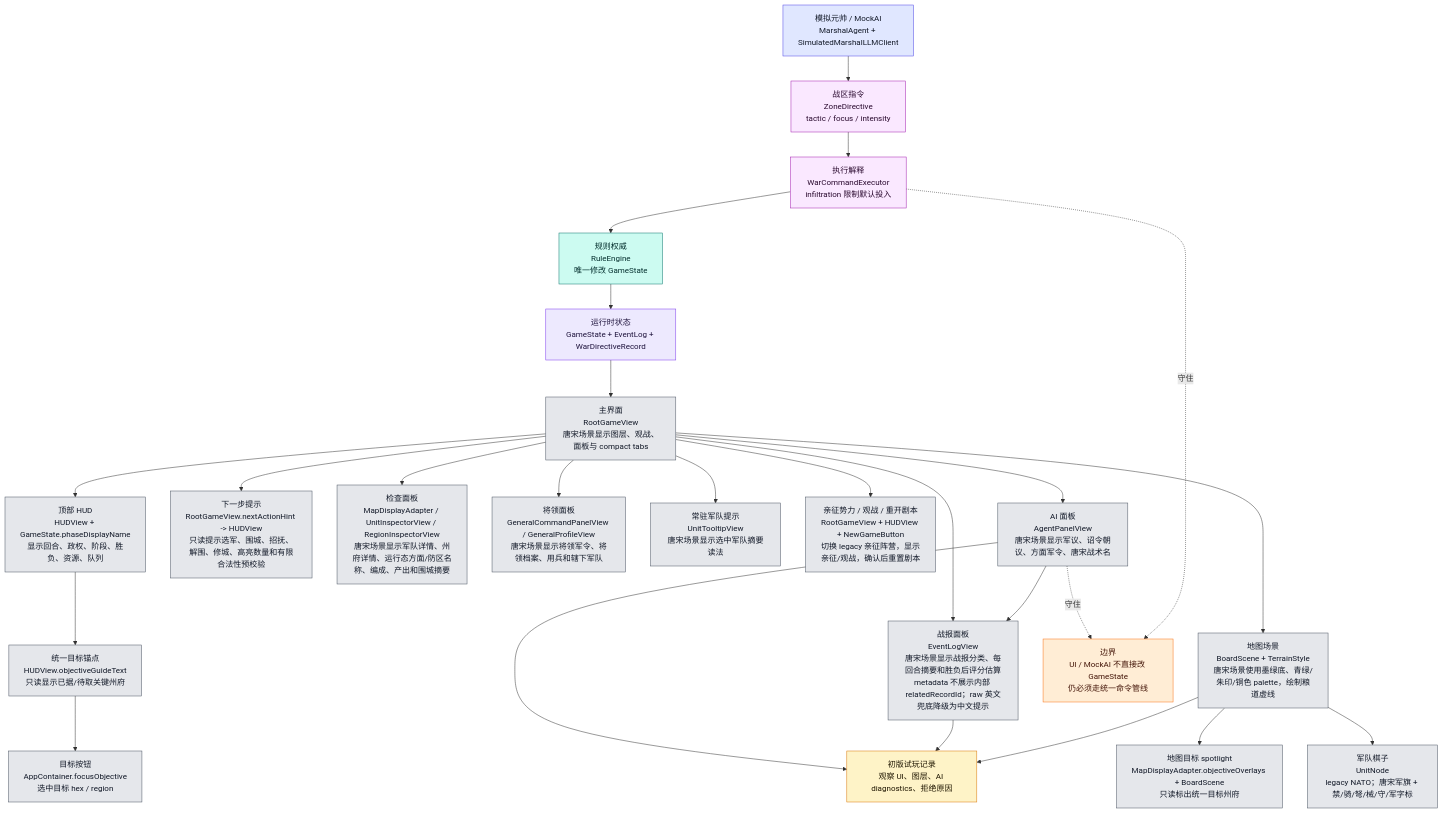
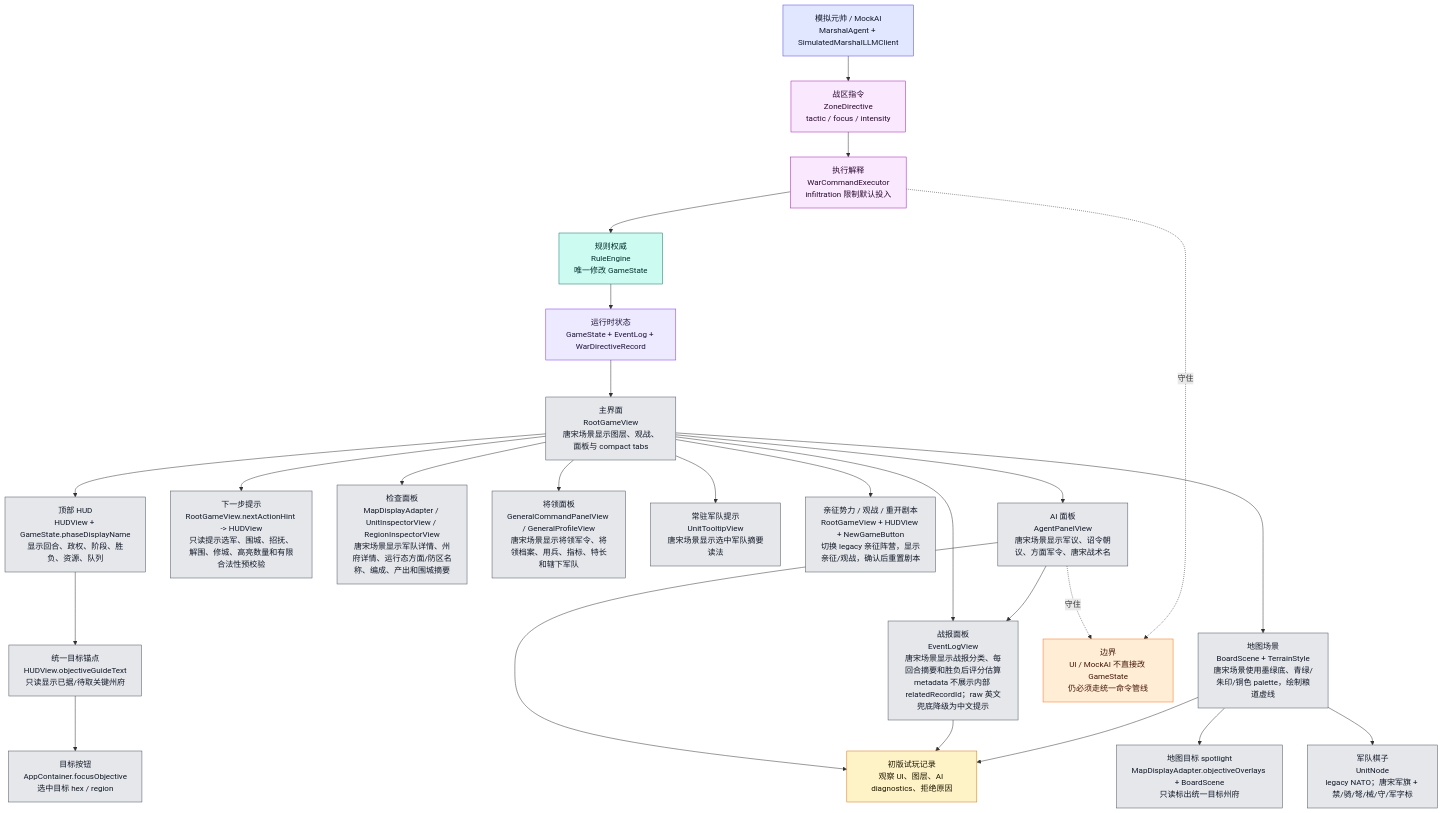
Before and after one commit to Altman-sam114/125: the tenth of 12 diagrams in md/flow/flowchart.md, drawn with Mermaid. The commit also changed other lines of this file and 6 other files, not shown here.

Commit message:
fix(ui): harden general profile accessibility

````diff
--- a/md/flow/flowchart.md
+++ b/md/flow/flowchart.md
@@ -591,54 +592,54 @@
 ```mermaid
 flowchart TD
     STATE["运行时状态<br/>GameState + EventLog + WarDirectiveRecord"]:::state
     ROOT["主界面<br/>RootGameView<br/>唐宋场景显示图层、观战、面板与 compact tabs"]:::ui
     HUD["顶部 HUD<br/>HUDView + GameState.phaseDisplayName<br/>显示回合、政权、阶段、胜负、资源、队列"]:::ui
     GOAL["统一目标锚点<br/>HUDView.objectiveGuideText<br/>只读显示已据/待取关键州府"]:::ui
     FOCUS["目标按钮<br/>AppContainer.focusObjective<br/>选中目标 hex / region"]:::ui
     SPOTLIGHT["地图目标 spotlight<br/>MapDisplayAdapter.objectiveOverlays + BoardScene<br/>只读标出统一目标州府"]:::ui
     HINT["下一步提示<br/>RootGameView.nextActionHint -> HUDView<br/>只读提示选军、围城、招抚、解围、修城、高亮数量和有限合法性预校验"]:::ui
     INSPECT["检查面板<br/>MapDisplayAdapter / UnitInspectorView / RegionInspectorView<br/>唐宋场景显示军队详情、州府详情、运行态方面/防区名称、编成、产出和围城摘要"]:::ui
-    GENPANELS["将领面板<br/>GeneralCommandPanelView / GeneralProfileView<br/>唐宋场景显示将领军令、将领档案、用兵和辖下军队"]:::ui
+    GENPANELS["将领面板<br/>GeneralCommandPanelView / GeneralProfileView<br/>唐宋场景显示将领军令、将领档案、用兵、指标、特长和辖下军队"]:::ui
     TOOLTIP["常驻军队提示<br/>UnitTooltipView<br/>唐宋场景显示选中军队摘要读法"]:::ui
     SESSIONHUD["亲征势力 / 观战 / 重开剧本<br/>RootGameView + HUDView + NewGameButton<br/>切换 legacy 亲征阵营，显示亲征/观战，确认后重置剧本"]:::ui
     LOG["战报面板<br/>EventLogView<br/>唐宋场景显示战报分类、每回合摘要和胜负后评分估算<br/>metadata 不展示内部 relatedRecordId；raw 英文兜底降级为中文提示"]:::ui
     AIUI["AI 面板<br/>AgentPanelView<br/>唐宋场景显示军议、诏令朝议、方面军令、唐宋战术名"]:::ui
     BOARD["地图场景<br/>BoardScene + TerrainStyle<br/>唐宋场景使用墨绿底、青绿/朱印/铜色 palette，绘制粮道虚线"]:::ui
     UNIT["军队棋子<br/>UnitNode<br/>legacy NATO；唐宋军旗 + 禁/骑/弩/械/守/军字标"]:::ui
     MARSHAL["模拟元帅 / MockAI<br/>MarshalAgent + SimulatedMarshalLLMClient"]:::ai
     ZD["战区指令<br/>ZoneDirective<br/>tactic / focus / intensity"]:::command
     WCE["执行解释<br/>WarCommandExecutor<br/>infiltration 限制默认投入"]:::command
     RULE["规则权威<br/>RuleEngine<br/>唯一修改 GameState"]:::rules
     PLAYTEST["初版试玩记录<br/>观察 UI、图层、AI diagnostics、拒绝原因"]:::doc
 
     STATE --> ROOT
     ROOT --> HUD
     HUD --> GOAL --> FOCUS
     BOARD --> SPOTLIGHT
     ROOT --> HINT
     ROOT --> INSPECT
     ROOT --> GENPANELS
     ROOT --> TOOLTIP
     ROOT --> SESSIONHUD
     ROOT --> LOG
     ROOT --> AIUI
     AIUI --> LOG
     ROOT --> BOARD
     BOARD --> UNIT
     MARSHAL --> ZD --> WCE --> RULE --> STATE
     AIUI --> PLAYTEST
     LOG --> PLAYTEST
     BOARD --> PLAYTEST
 
     WARN["边界<br/>UI / MockAI 不直接改 GameState<br/>仍必须走统一命令管线"]:::warn
     AIUI -.守住.-> WARN
     WCE -.守住.-> WARN
 
     classDef state fill:#ede9fe,stroke:#7c3aed,color:#1f143d
     classDef ui fill:#e5e7eb,stroke:#4b5563,color:#111827
     classDef ai fill:#e0e7ff,stroke:#4f46e5,color:#111827
     classDef command fill:#fae8ff,stroke:#a21caf,color:#2a0a2f
     classDef rules fill:#ccfbf1,stroke:#0f766e,color:#042f2e
     classDef doc fill:#fef3c7,stroke:#d97706,color:#1f1600
     classDef warn fill:#ffedd5,stroke:#f97316,color:#431407
 ```
````
